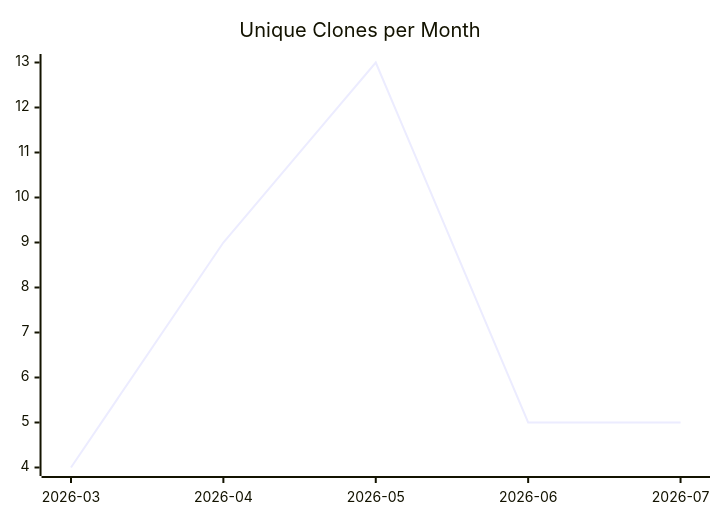
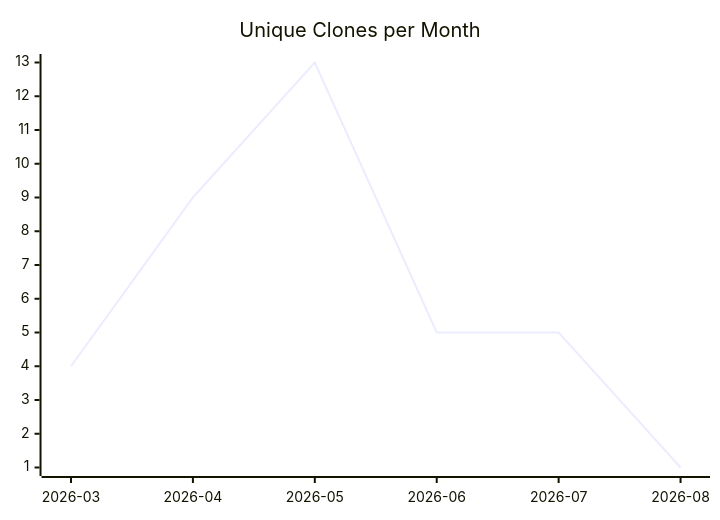
One commit to justdavis-family/github-analytics-data changed the third of 3 diagrams in karlmdavis/justdavis-puppet/README.md. Above: the diagram before and after it, drawn with Mermaid. The commit also changed other lines of this file and 180 other files, not shown here.

````diff
--- a/karlmdavis/justdavis-puppet/README.md
+++ b/karlmdavis/justdavis-puppet/README.md
@@ -19,6 +19,6 @@
 ```mermaid
 xychart-beta
   title "Unique Clones per Month"
-  x-axis ["2026-03", "2026-04", "2026-05", "2026-06", "2026-07"]
-  line [4, 9, 13, 5, 5]
+  x-axis ["2026-03", "2026-04", "2026-05", "2026-06", "2026-07", "2026-08"]
+  line [4, 9, 13, 5, 5, 1]
 ```
````
